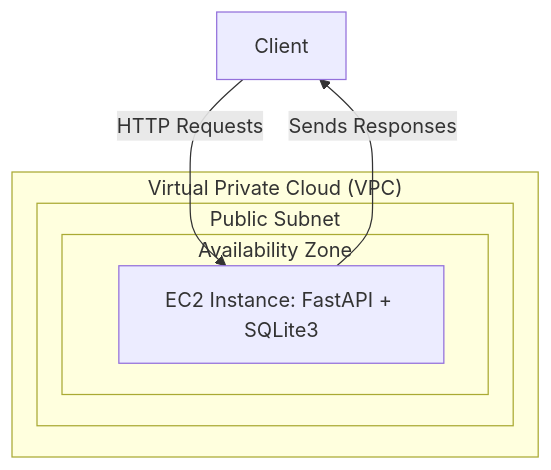
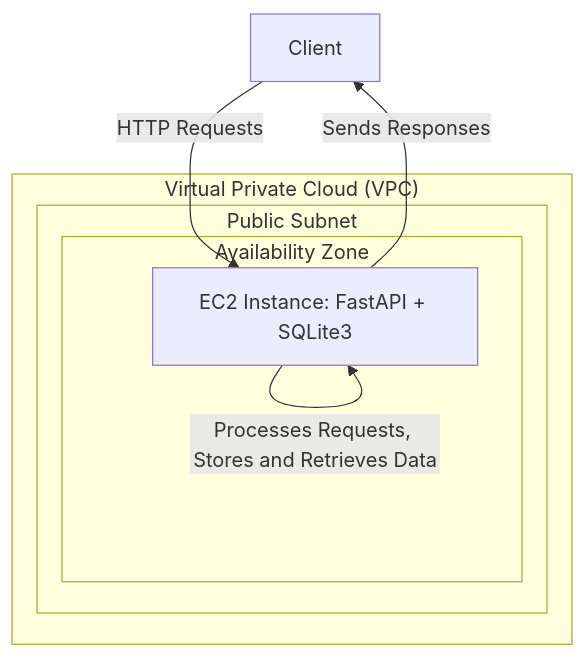
Before and after one commit to lvgalvao/fastapi-deploy-ec2: the diagram in README.md, drawn with Mermaid. The commit also changed other lines of this file, not shown here.

````diff
--- a/README.md
+++ b/README.md
@@ -14,14 +14,15 @@
 ```mermaid
 graph TD
     A[Client] --> |HTTP Requests| B[EC2 Instance: FastAPI + SQLite3]
 
     subgraph VPC["Virtual Private Cloud (VPC)"]
         subgraph Subnet["Public Subnet"]
             subgraph AZ["Availability Zone"]
                 B[EC2 Instance: FastAPI + SQLite3]
             end
         end
     end
 
+    B --> |Processes Requests, Stores and Retrieves Data| B
     B --> |Sends Responses| A
 ```
````
